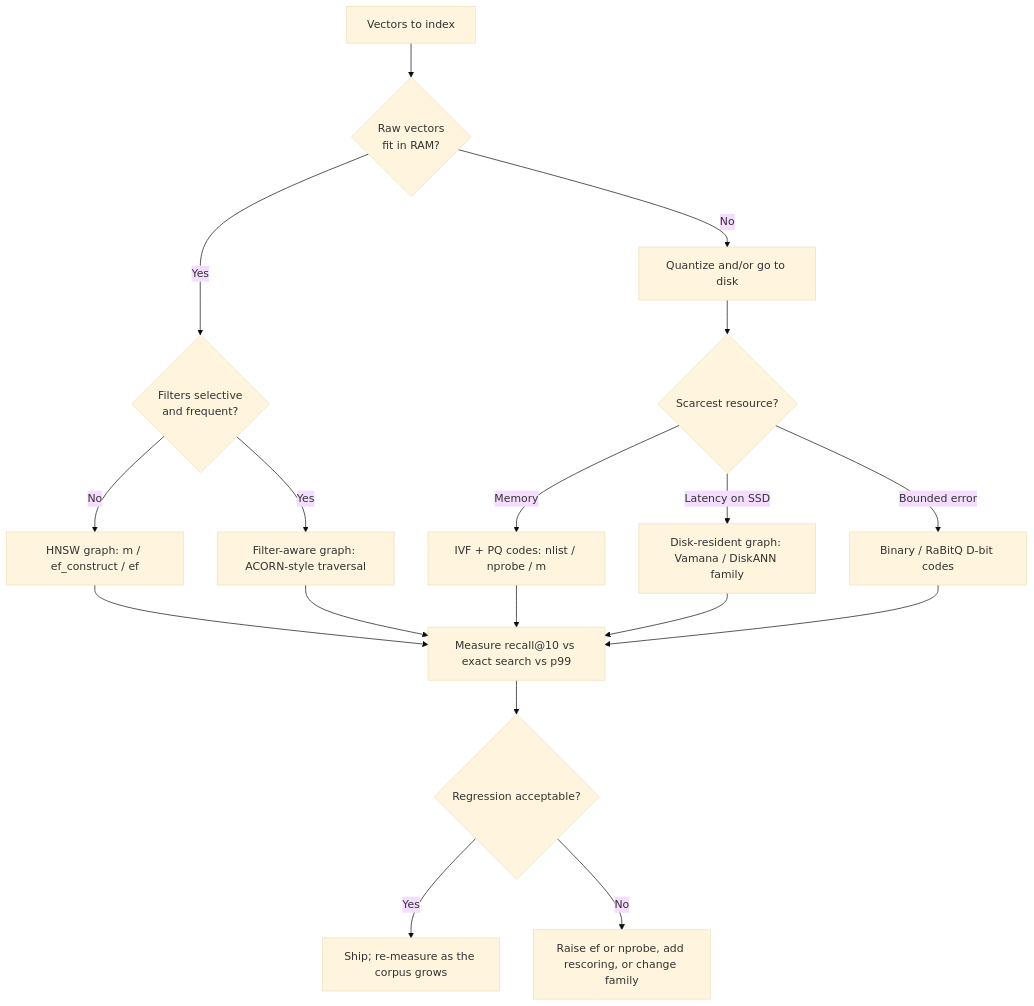
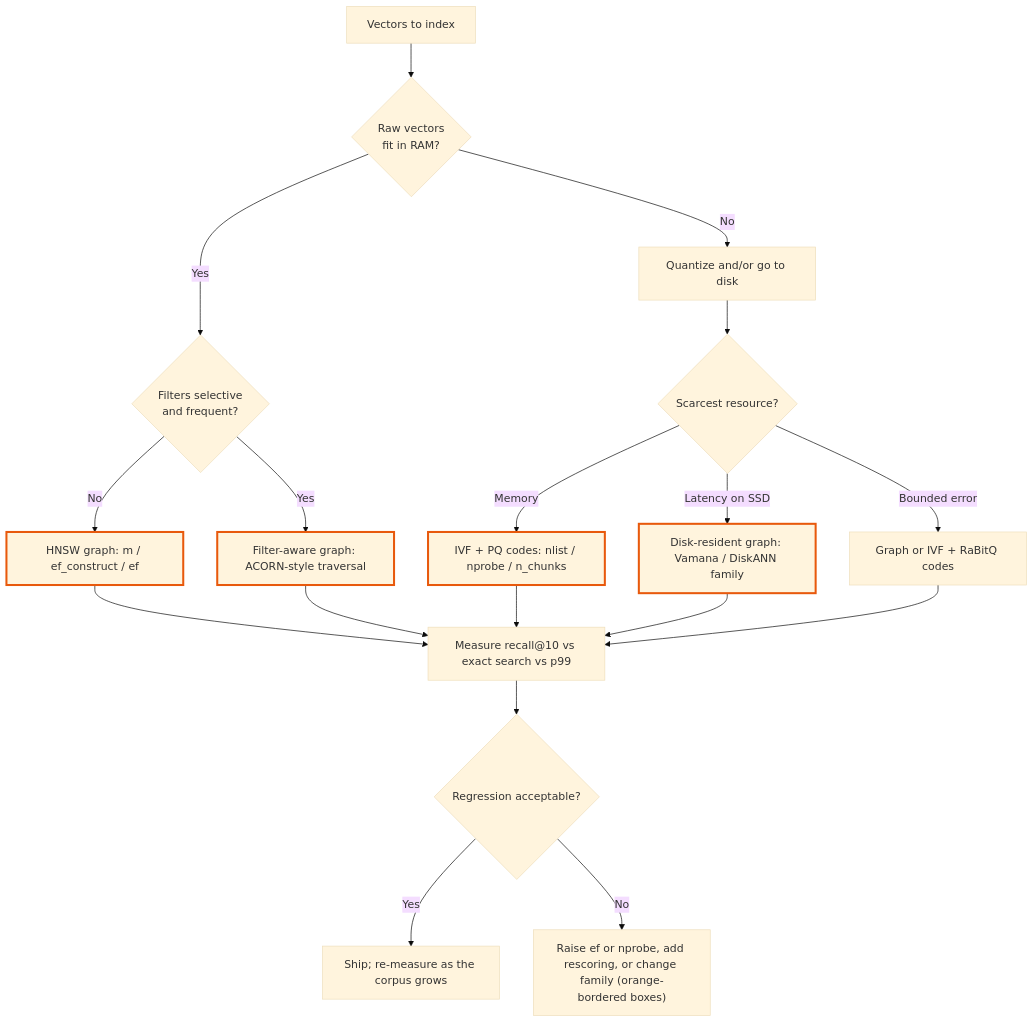
Before and after one commit to My-Courseworks/RAG: the fourth of 4 diagrams in modules/05-vector-databases-and-ann/README.md, drawn with Mermaid (base theme). The commit also changed other lines of this file and 55 other files, not shown here.

````diff
--- a/modules/05-vector-databases-and-ann/README.md
+++ b/modules/05-vector-databases-and-ann/README.md
@@ -97,20 +2611,22 @@
 ```mermaid
 flowchart TD
     A[Vectors to index] --> B{Raw vectors<br/>fit in RAM?}
     B -->|Yes| C{Filters selective<br/>and frequent?}
     B -->|No| D[Quantize and/or go to disk]
     C -->|No| E[HNSW graph: m / ef_construct / ef]
     C -->|Yes| F[Filter-aware graph: ACORN-style traversal]
     D --> G{Scarcest resource?}
-    G -->|Memory| H[IVF + PQ codes: nlist / nprobe / m]
+    G -->|Memory| H[IVF + PQ codes: nlist / nprobe / n_chunks]
     G -->|Latency on SSD| I[Disk-resident graph: Vamana / DiskANN family]
-    G -->|Bounded error| J[Binary / RaBitQ D-bit codes]
+    G -->|Bounded error| J[Graph or IVF + RaBitQ codes]
     E --> K[Measure recall@10 vs exact search vs p99]
     F --> K
     H --> K
     I --> K
     J --> K
     K --> L{Regression acceptable?}
     L -->|Yes| M[Ship; re-measure as the corpus grows]
-    L -->|No| N[Raise ef or nprobe, add rescoring, or change family]
+    L -->|No| N["Raise ef or nprobe, add rescoring, or change family (orange-bordered boxes)"]
+    classDef family stroke:#e8590c,stroke-width:3px
+    class E,F,H,I family
 ```
````
